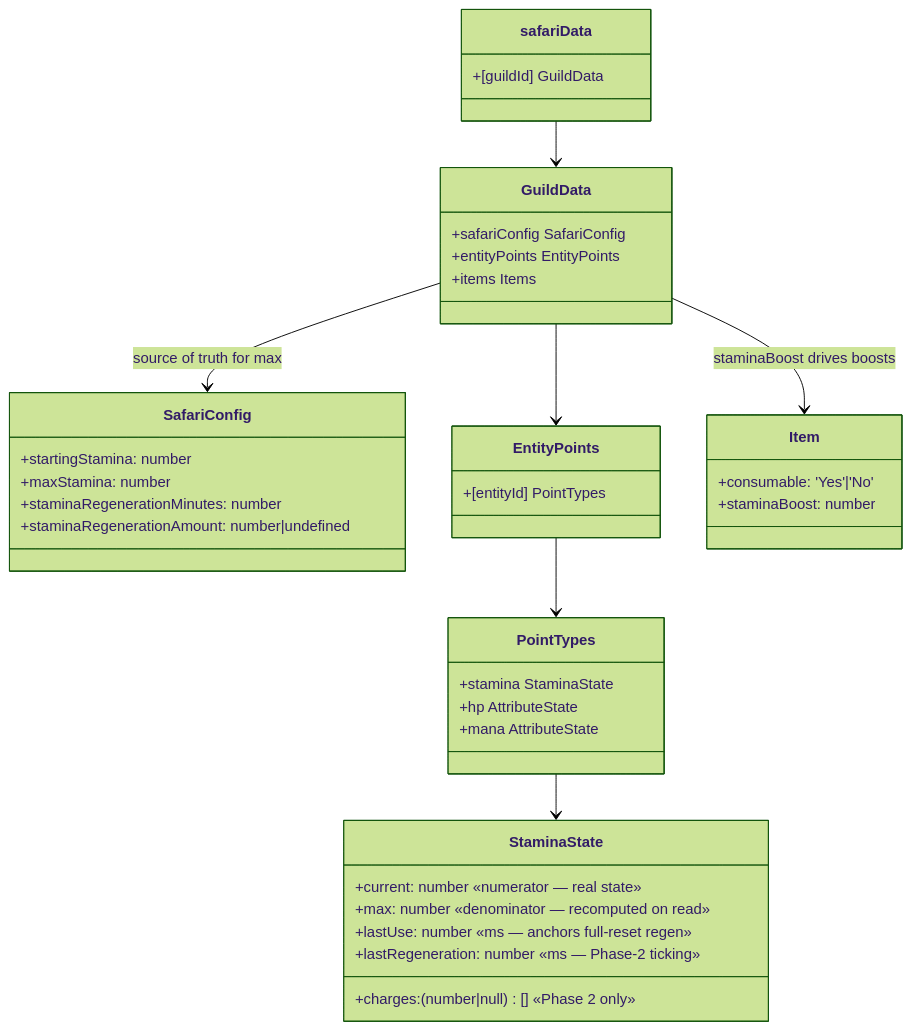
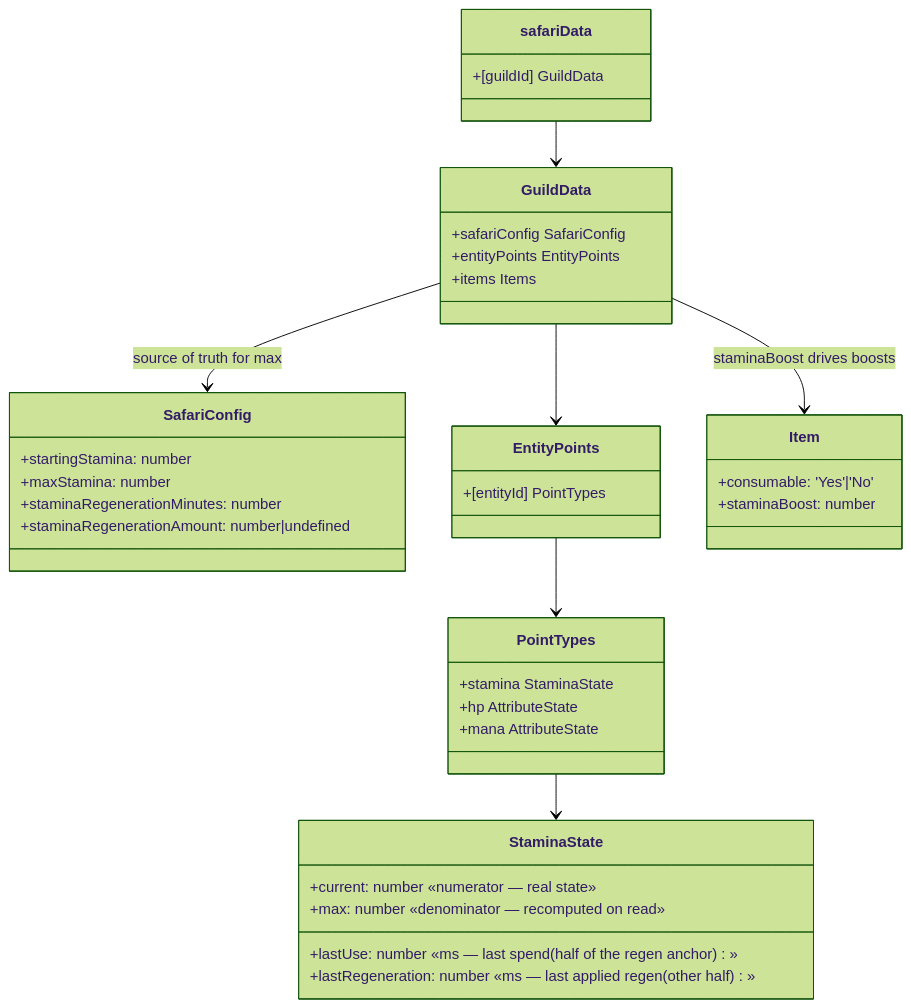
The third of 11 diagrams in docs/03-features/StaminaArchitecture.md (extremedonkey/castbot), drawn with Mermaid (forest theme) before and after one commit. The commit also changed other lines of this file and 8 other files, not shown here.

````diff
--- a/docs/03-features/StaminaArchitecture.md
+++ b/docs/03-features/StaminaArchitecture.md
@@ -125,43 +125,42 @@
 ```mermaid
 classDiagram
     class safariData {
         +[guildId] GuildData
     }
     class GuildData {
         +safariConfig SafariConfig
         +entityPoints EntityPoints
         +items Items
     }
     class SafariConfig {
         +startingStamina: number
         +maxStamina: number
         +staminaRegenerationMinutes: number
         +staminaRegenerationAmount: number|undefined
     }
     class EntityPoints {
         +[entityId] PointTypes
     }
     class PointTypes {
         +stamina StaminaState
         +hp AttributeState
         +mana AttributeState
     }
     class StaminaState {
         +current: number  «numerator — real state»
         +max: number      «denominator — recomputed on read»
-        +lastUse: number  «ms — anchors full-reset regen»
-        +lastRegeneration: number «ms — Phase-2 ticking»
-        +charges: (number|null)[] «Phase 2 only»
+        +lastUse: number  «ms — last spend (half of the regen anchor)»
+        +lastRegeneration: number «ms — last applied regen (other half)»
     }
     class Item {
         +consumable: 'Yes'|'No'
         +staminaBoost: number
     }
 
     safariData --> GuildData
     GuildData --> SafariConfig : source of truth for max
     GuildData --> EntityPoints
     EntityPoints --> PointTypes
     PointTypes --> StaminaState
     GuildData --> Item : staminaBoost drives boosts
 ```
````
